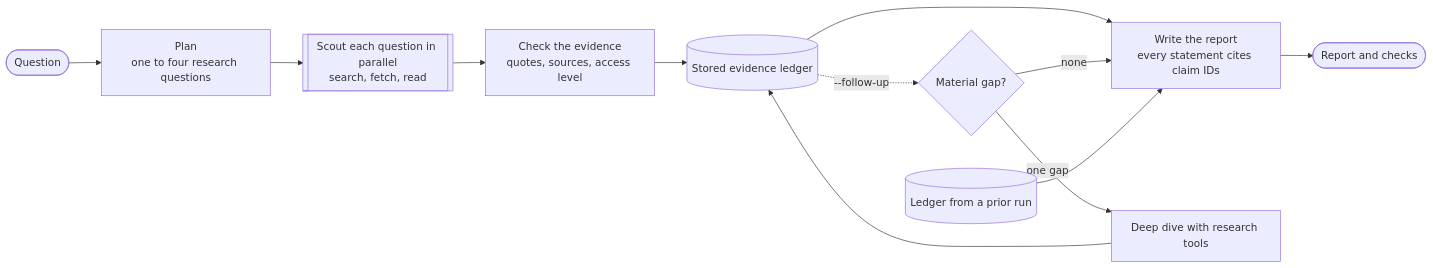
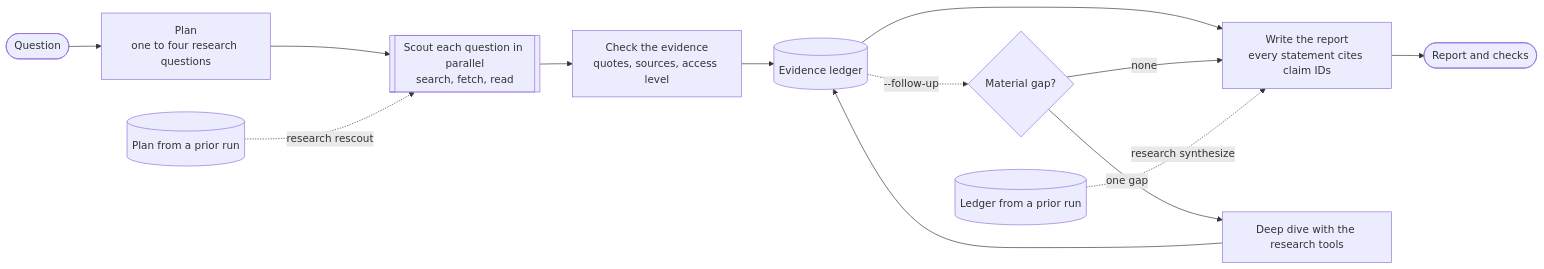
The diagram in README.md (rjanseko/research-loop), drawn with Mermaid before and after one commit. The commit also changed other lines of this file, not shown here.

````diff
--- a/README.md
+++ b/README.md
@@ -57,14 +97,15 @@
 ```mermaid
 flowchart LR
     question(["Question"]) --> plan["Plan<br/>one to four research questions"]
     plan --> scouts[["Scout each question in parallel<br/>search, fetch, read"]]
+    prior_plan[("Plan from a prior run")] -. "research rescout" .-> scouts
     scouts --> check["Check the evidence<br/>quotes, sources, access level"]
-    check --> ledger[("Stored evidence ledger")]
+    check --> ledger[("Evidence ledger")]
     ledger --> synthesize["Write the report<br/>every statement cites claim IDs"]
     ledger -. "--follow-up" .-> gap{"Material gap?"}
-    gap -- "one gap" --> dive["Deep dive with research tools"]
+    gap -- "one gap" --> dive["Deep dive with the research tools"]
     dive --> ledger
     gap -- "none" --> synthesize
-    saved[("Ledger from a prior run")] --> synthesize
+    prior_ledger[("Ledger from a prior run")] -. "research synthesize" .-> synthesize
     synthesize --> report(["Report and checks"])
 ```
````
